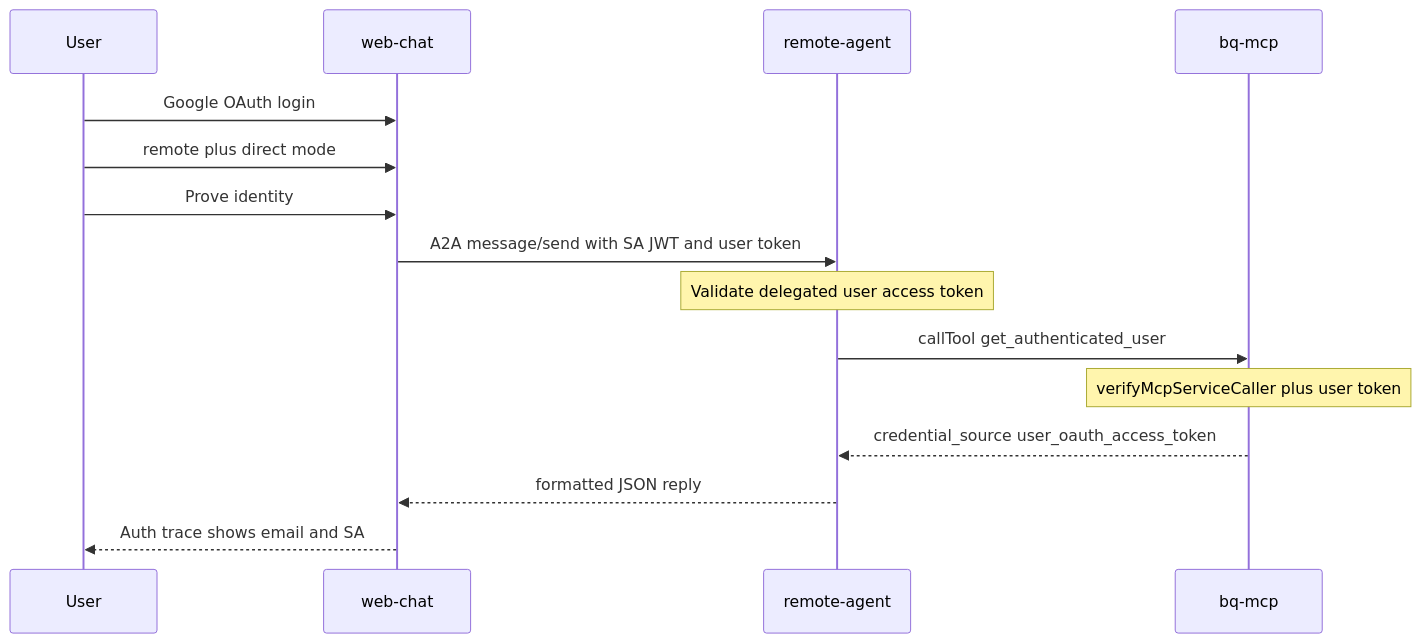
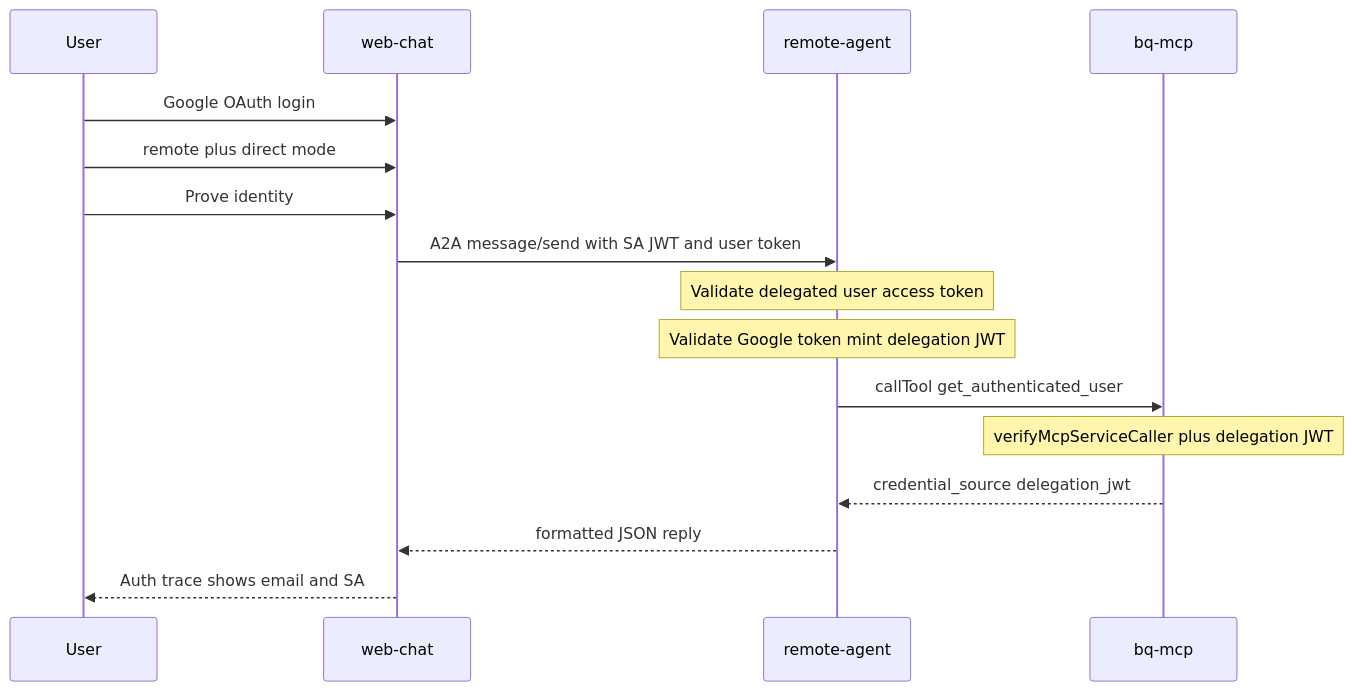
Before and after one commit to yu-iskw/agent-platform-demo: the fourth of 7 diagrams in docs/report.ja.md, drawn with Mermaid. The commit also changed other lines of this file and 37 other files, not shown here.

First line of the commit message:
feat(auth): delegation JWT hop exchange and simplified auth proof UX

````diff
--- a/docs/report.ja.md
+++ b/docs/report.ja.md
@@ -309,18 +319,19 @@
 ```mermaid
 sequenceDiagram
   participant User
   participant WebChat as web-chat
   participant Agent as remote-agent
   participant MCP as bq-mcp
 
   User->>WebChat: Google OAuth login
   User->>WebChat: remote plus direct mode
   User->>WebChat: Prove identity
   WebChat->>Agent: A2A message/send with SA JWT and user token
   Note over Agent: Validate delegated user access token
+  Note over Agent: Validate Google token mint delegation JWT
   Agent->>MCP: callTool get_authenticated_user
-  Note over MCP: verifyMcpServiceCaller plus user token
-  MCP-->>Agent: credential_source user_oauth_access_token
+  Note over MCP: verifyMcpServiceCaller plus delegation JWT
+  MCP-->>Agent: credential_source delegation_jwt
   Agent-->>WebChat: formatted JSON reply
   WebChat-->>User: Auth trace shows email and SA
 ```
````
